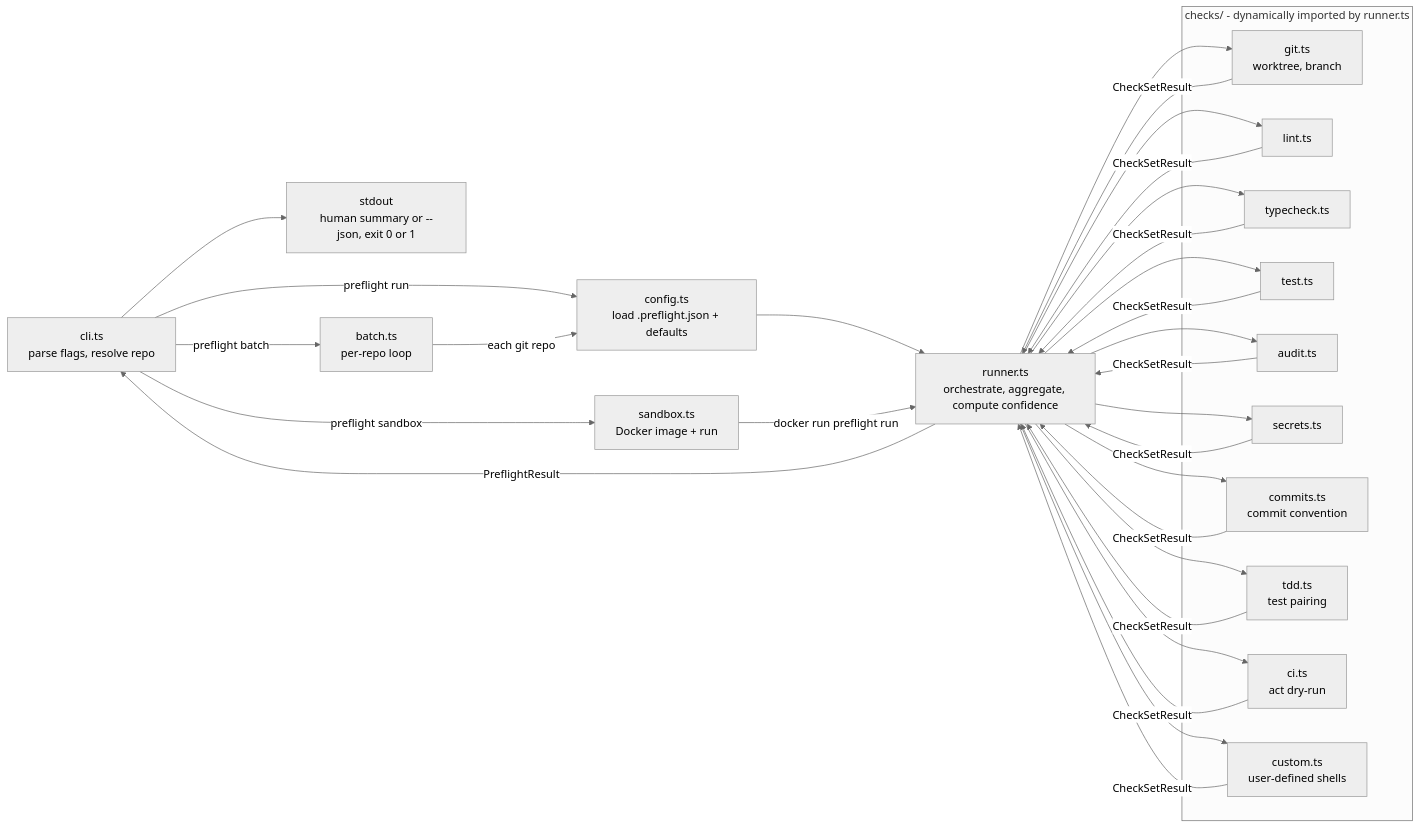
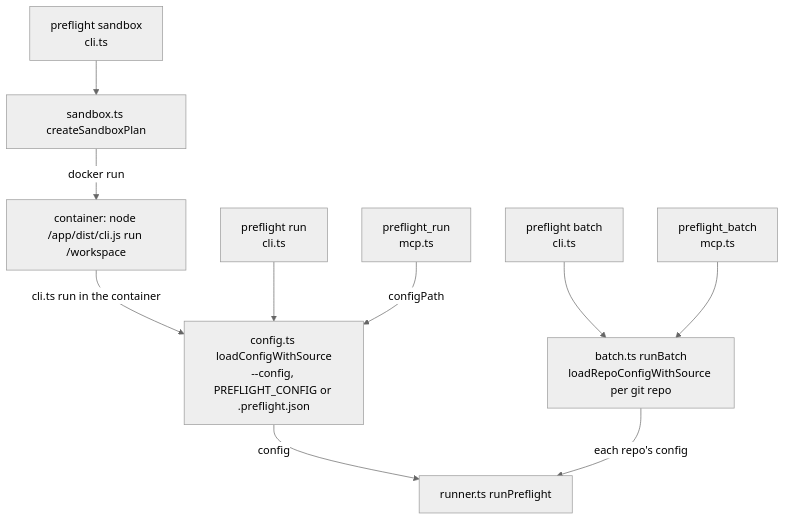
The first of 2 diagrams in docs/architecture.md (LanNguyenSi/agent-preflight), drawn with Mermaid (neutral theme) before and after one commit. The commit also changed other lines of this file and 15 other files, not shown here.

````diff
--- a/docs/architecture.md
+++ b/docs/architecture.md
@@ -66,36 +71,23 @@
 ```mermaid
-flowchart LR
-    CLI["cli.ts<br/>parse flags, resolve repo"]
-    CFG["config.ts<br/>load .preflight.json + defaults"]
-    RUNNER["runner.ts<br/>orchestrate, aggregate, compute confidence"]
+flowchart TD
+    SCLI["preflight sandbox<br/>cli.ts"]
+    RUN["preflight run<br/>cli.ts"]
+    MRUN["preflight_run<br/>mcp.ts"]
+    BCLI["preflight batch<br/>cli.ts"]
+    MBATCH["preflight_batch<br/>mcp.ts"]
+    SP["sandbox.ts createSandboxPlan"]
+    CONT["container: node /app/dist/cli.js run /workspace"]
+    LCS["config.ts loadConfigWithSource<br/>--config, PREFLIGHT_CONFIG or .preflight.json"]
+    RB["batch.ts runBatch<br/>loadRepoConfigWithSource per git repo"]
+    RP["runner.ts runPreflight"]
 
-    subgraph checks["checks/ - dynamically imported by runner.ts"]
-        GIT["git.ts<br/>worktree, branch"]
-        LINT["lint.ts"]
-        TC["typecheck.ts"]
-        TEST["test.ts"]
-        AUD["audit.ts"]
-        SEC["secrets.ts"]
-        COM["commits.ts<br/>commit convention"]
-        TDD["tdd.ts<br/>test pairing"]
-        CI["ci.ts<br/>act dry-run"]
-        CUS["custom.ts<br/>user-defined shells"]
-    end
-
-    OUT["stdout<br/>human summary or --json, exit 0 or 1"]
-    BATCH["batch.ts<br/>per-repo loop"]
-    SAND["sandbox.ts<br/>Docker image + run"]
-
-    CLI -->|"preflight run"| CFG
-    CFG --> RUNNER
-    RUNNER --> GIT & LINT & TC & TEST & AUD & SEC & COM & TDD & CI & CUS
-    GIT & LINT & TC & TEST & AUD & SEC & COM & TDD & CI & CUS -->|"CheckSetResult"| RUNNER
-    RUNNER -->|"PreflightResult"| CLI
-    CLI --> OUT
-
-    CLI -->|"preflight batch"| BATCH
-    BATCH -->|"each git repo"| CFG
-
-    CLI -->|"preflight sandbox"| SAND
-    SAND -->|"docker run preflight run"| RUNNER
+    SCLI --> SP
+    SP -->|"docker run"| CONT
+    CONT -->|"cli.ts run in the container"| LCS
+    RUN --> LCS
+    MRUN -->|"configPath"| LCS
+    BCLI --> RB
+    MBATCH --> RB
+    LCS -->|"config"| RP
+    RB -->|"each repo's config"| RP
 ```
````
